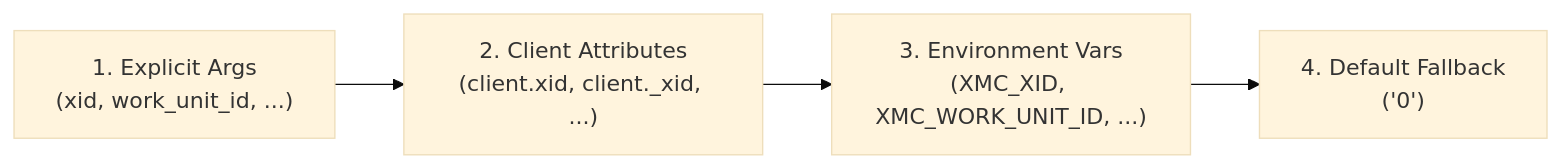
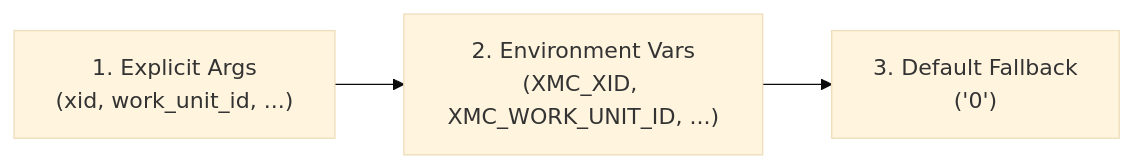
Before and after one commit to google/xmc: the third of 3 diagrams in sdks/python/xmc/README.md, drawn with Mermaid (base theme). The commit also changed other lines of this file and 3 other files, not shown here.

````diff
--- a/sdks/python/xmc/README.md
+++ b/sdks/python/xmc/README.md
@@ -67,6 +67,5 @@
 ```mermaid
 flowchart LR
-    Tier1["1. Explicit Args<br/>(xid, work_unit_id, ...)"] --> Tier2["2. Client Attributes<br/>(client.xid, client._xid, ...)"]
-    Tier2 --> Tier3["3. Environment Vars<br/>(XMC_XID, XMC_WORK_UNIT_ID, ...)"]
-    Tier3 --> Tier4["4. Default Fallback<br/>('0')"]
+    Tier1["1. Explicit Args<br/>(xid, work_unit_id, ...)"] --> Tier2["2. Environment Vars<br/>(XMC_XID, XMC_WORK_UNIT_ID, ...)"]
+    Tier2 --> Tier3["3. Default Fallback<br/>('0')"]
 ```
````
